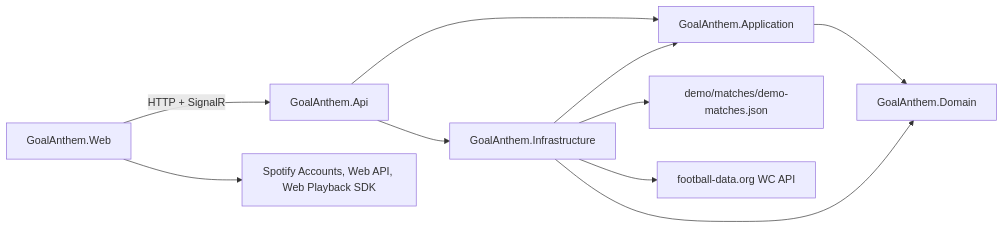
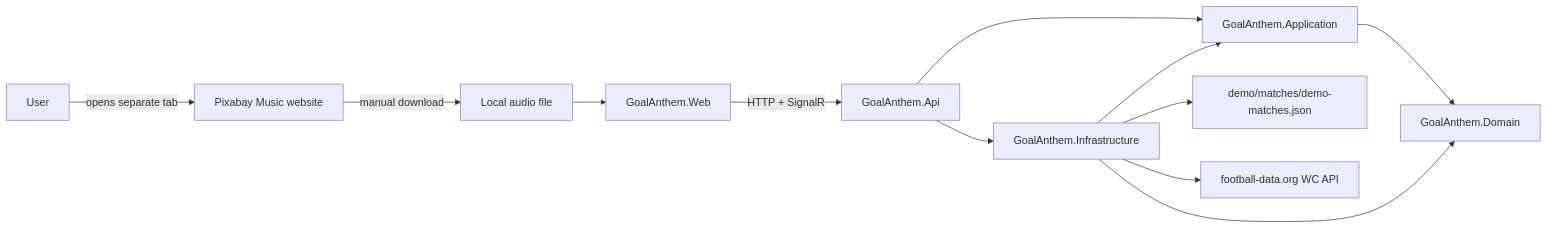
The diagram in README.md (HugoSpangberg/play-your-goal-anthem), drawn with Mermaid before and after one commit. The commit also changed other lines of this file and 7 other files, not shown here.

Commit message:
docs: document pixabay local audio workflow

````diff
--- a/README.md
+++ b/README.md
@@ -85,12 +65,14 @@
 ```mermaid
 flowchart LR
   Web[GoalAnthem.Web] -->|HTTP + SignalR| Api[GoalAnthem.Api]
-  Web --> Spotify[Spotify Accounts, Web API, Web Playback SDK]
+  User[User] -->|opens separate tab| Pixabay[Pixabay Music website]
+  Pixabay -->|manual download| LocalFile[Local audio file]
+  LocalFile --> Web
   Api --> Application[GoalAnthem.Application]
   Api --> Infrastructure[GoalAnthem.Infrastructure]
   Application --> Domain[GoalAnthem.Domain]
   Infrastructure --> Application
   Infrastructure --> Domain
   Infrastructure --> DemoData[demo/matches/demo-matches.json]
   Infrastructure --> FootballData[football-data.org WC API]
 ```
````
